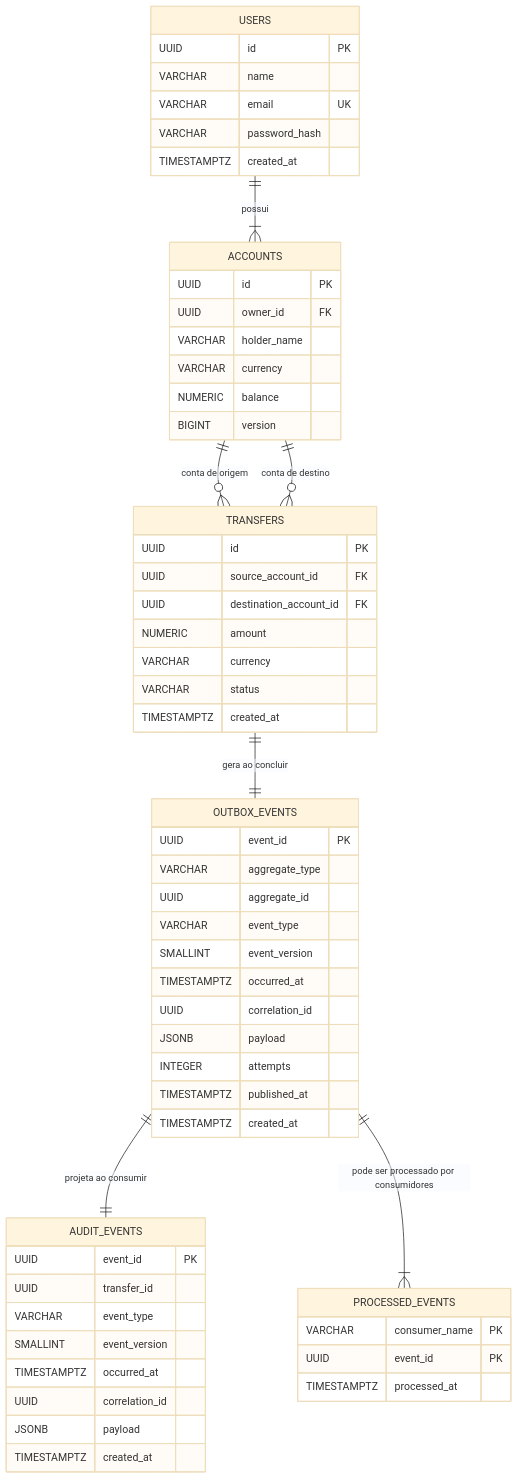
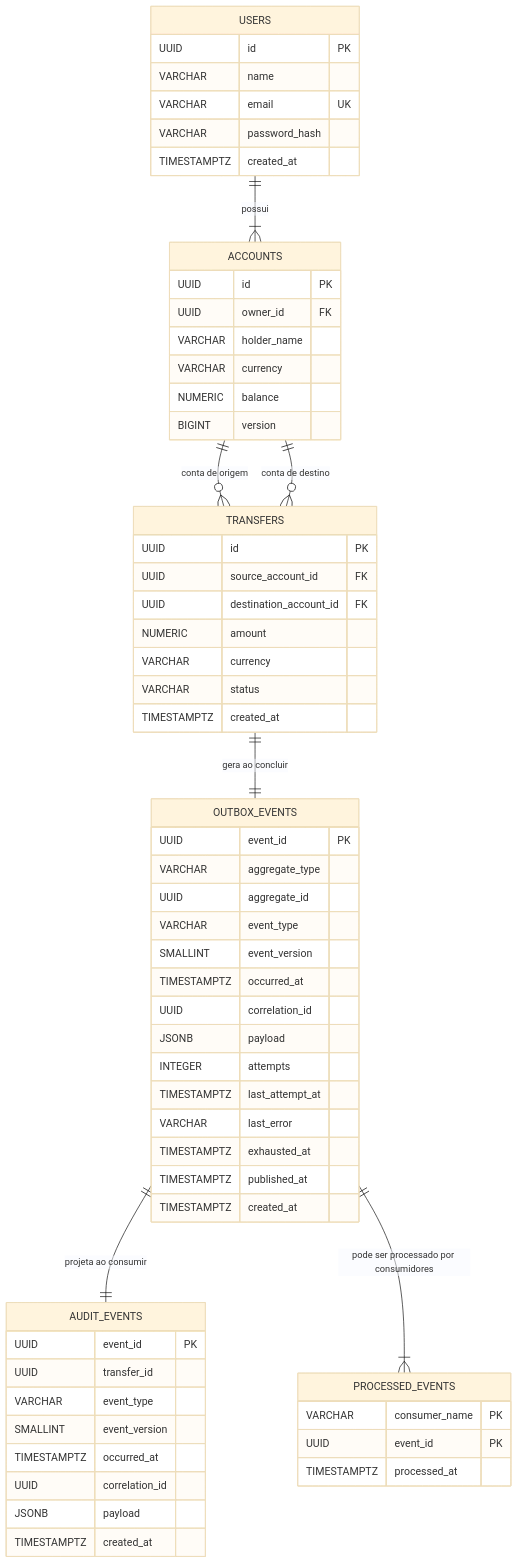
One commit to WilliamRochaJR/pay-flow changed the second of 3 diagrams in docs/domain-model.md. Above: the diagram before and after it, drawn with Mermaid (base theme). The commit also changed other lines of this file and 27 other files, not shown here.

````diff
--- a/docs/domain-model.md
+++ b/docs/domain-model.md
@@ -197,67 +197,70 @@
 ```mermaid
 erDiagram
     USERS ||--|{ ACCOUNTS : possui
     ACCOUNTS ||--o{ TRANSFERS : "conta de origem"
     ACCOUNTS ||--o{ TRANSFERS : "conta de destino"
     TRANSFERS ||--|| OUTBOX_EVENTS : "gera ao concluir"
     OUTBOX_EVENTS ||--|| AUDIT_EVENTS : "projeta ao consumir"
     OUTBOX_EVENTS ||--|{ PROCESSED_EVENTS : "pode ser processado por consumidores"
 
     ACCOUNTS {
         UUID id PK
         UUID owner_id FK
         VARCHAR holder_name
         VARCHAR currency
         NUMERIC balance
         BIGINT version
     }
 
     USERS {
         UUID id PK
         VARCHAR name
         VARCHAR email UK
         VARCHAR password_hash
         TIMESTAMPTZ created_at
     }
 
     TRANSFERS {
         UUID id PK
         UUID source_account_id FK
         UUID destination_account_id FK
         NUMERIC amount
         VARCHAR currency
         VARCHAR status
         TIMESTAMPTZ created_at
     }
 
     OUTBOX_EVENTS {
         UUID event_id PK
         VARCHAR aggregate_type
         UUID aggregate_id
         VARCHAR event_type
         SMALLINT event_version
         TIMESTAMPTZ occurred_at
         UUID correlation_id
         JSONB payload
         INTEGER attempts
+        TIMESTAMPTZ last_attempt_at
+        VARCHAR last_error
+        TIMESTAMPTZ exhausted_at
         TIMESTAMPTZ published_at
         TIMESTAMPTZ created_at
     }
 
     PROCESSED_EVENTS {
         VARCHAR consumer_name PK
         UUID event_id PK
         TIMESTAMPTZ processed_at
     }
 
     AUDIT_EVENTS {
         UUID event_id PK
         UUID transfer_id
         VARCHAR event_type
         SMALLINT event_version
         TIMESTAMPTZ occurred_at
         UUID correlation_id
         JSONB payload
         TIMESTAMPTZ created_at
     }
 ```
````
